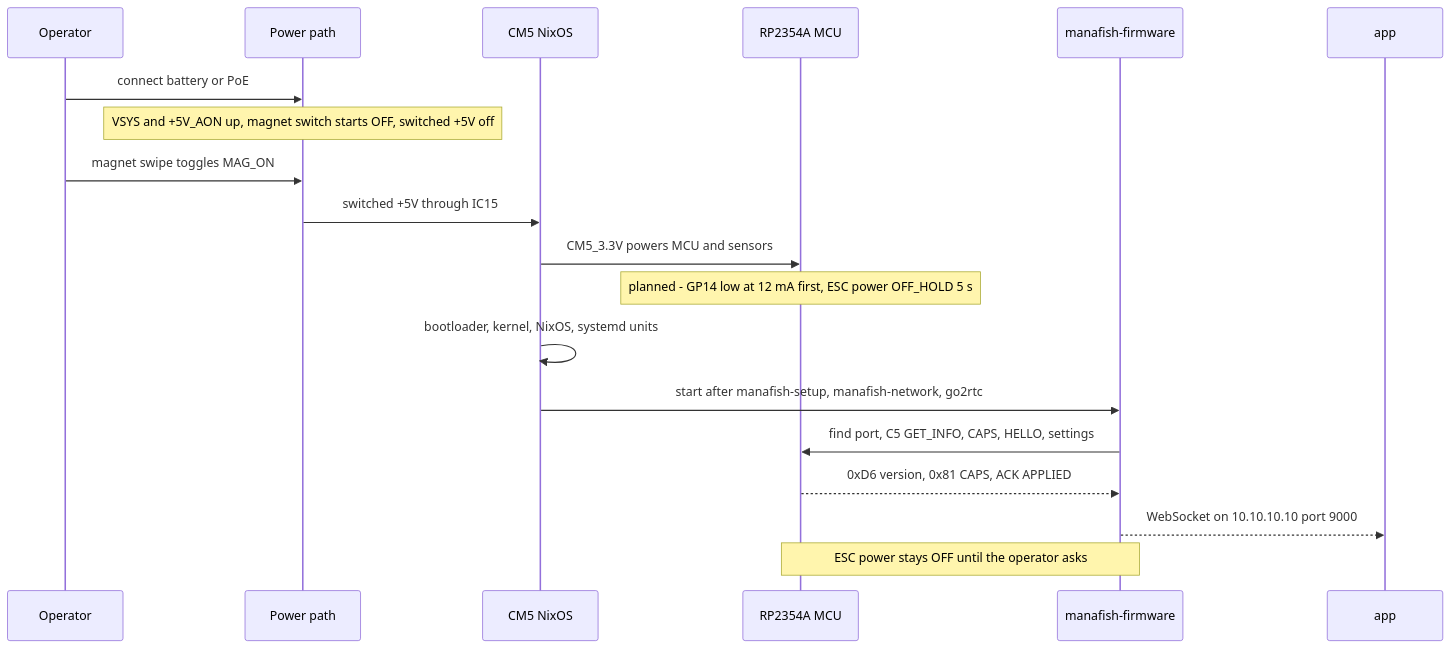
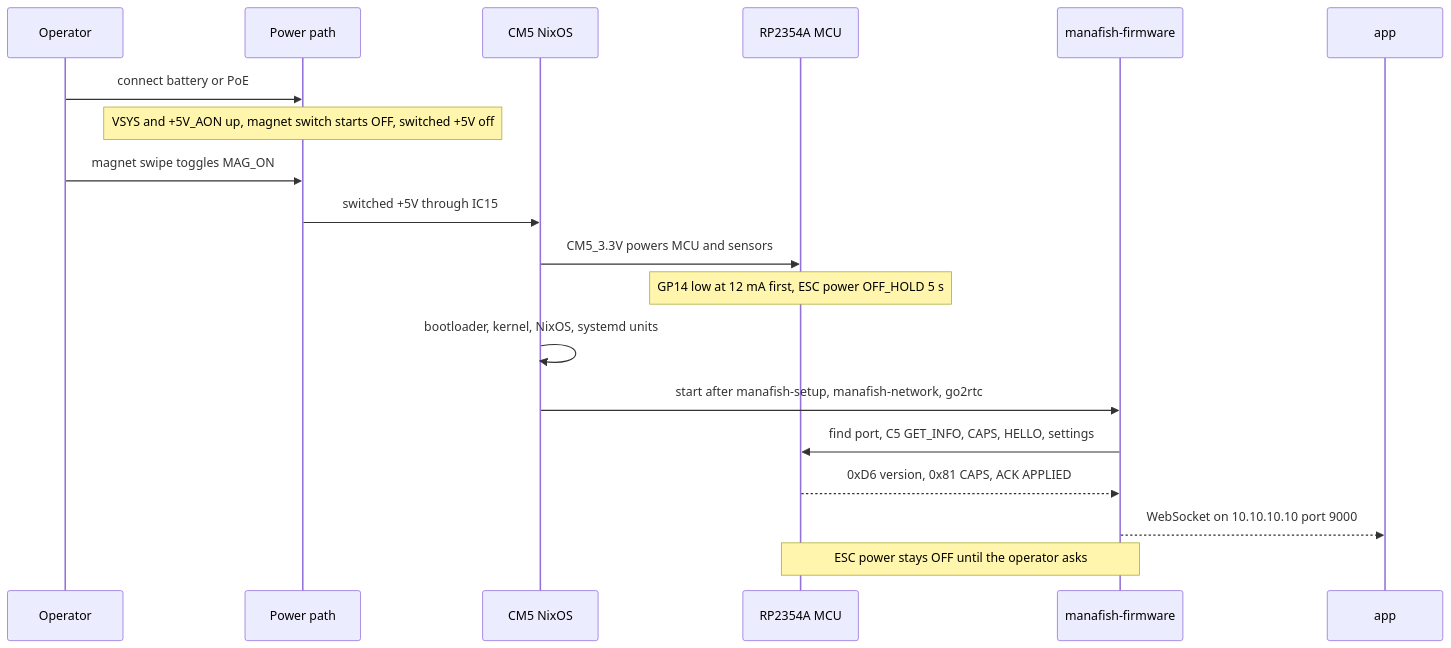
The first of 7 diagrams in docs/wiki/06-Runtime-View.md (Tropaion/Manafish_Mainboard), drawn with Mermaid before and after one commit. The commit also changed other lines of this file and 42 other files, not shown here.

First line of the commit message:
Add the mainboard MCU target with an ESC power switch

````diff
--- a/docs/wiki/06-Runtime-View.md
+++ b/docs/wiki/06-Runtime-View.md
@@ -10,21 +10,21 @@
 ```mermaid
 sequenceDiagram
   participant Op as Operator
   participant Pwr as Power path
   participant CM5 as CM5 NixOS
   participant MCU as RP2354A MCU
   participant Svc as manafish-firmware
   participant App as app
   Op->>Pwr: connect battery or PoE
   Note over Pwr: VSYS and +5V_AON up, magnet switch starts OFF, switched +5V off
   Op->>Pwr: magnet swipe toggles MAG_ON
   Pwr->>CM5: switched +5V through IC15
   CM5->>MCU: CM5_3.3V powers MCU and sensors
-  Note over MCU: planned - GP14 low at 12 mA first, ESC power OFF_HOLD 5 s
+  Note over MCU: GP14 low at 12 mA first, ESC power OFF_HOLD 5 s
   CM5->>CM5: bootloader, kernel, NixOS, systemd units
   CM5->>Svc: start after manafish-setup, manafish-network, go2rtc
   Svc->>MCU: find port, C5 GET_INFO, CAPS, HELLO, settings
   MCU-->>Svc: 0xD6 version, 0x81 CAPS, ACK APPLIED
   Svc-->>App: WebSocket on 10.10.10.10 port 9000
   Note over Svc,MCU: ESC power stays OFF until the operator asks
 ```
````
